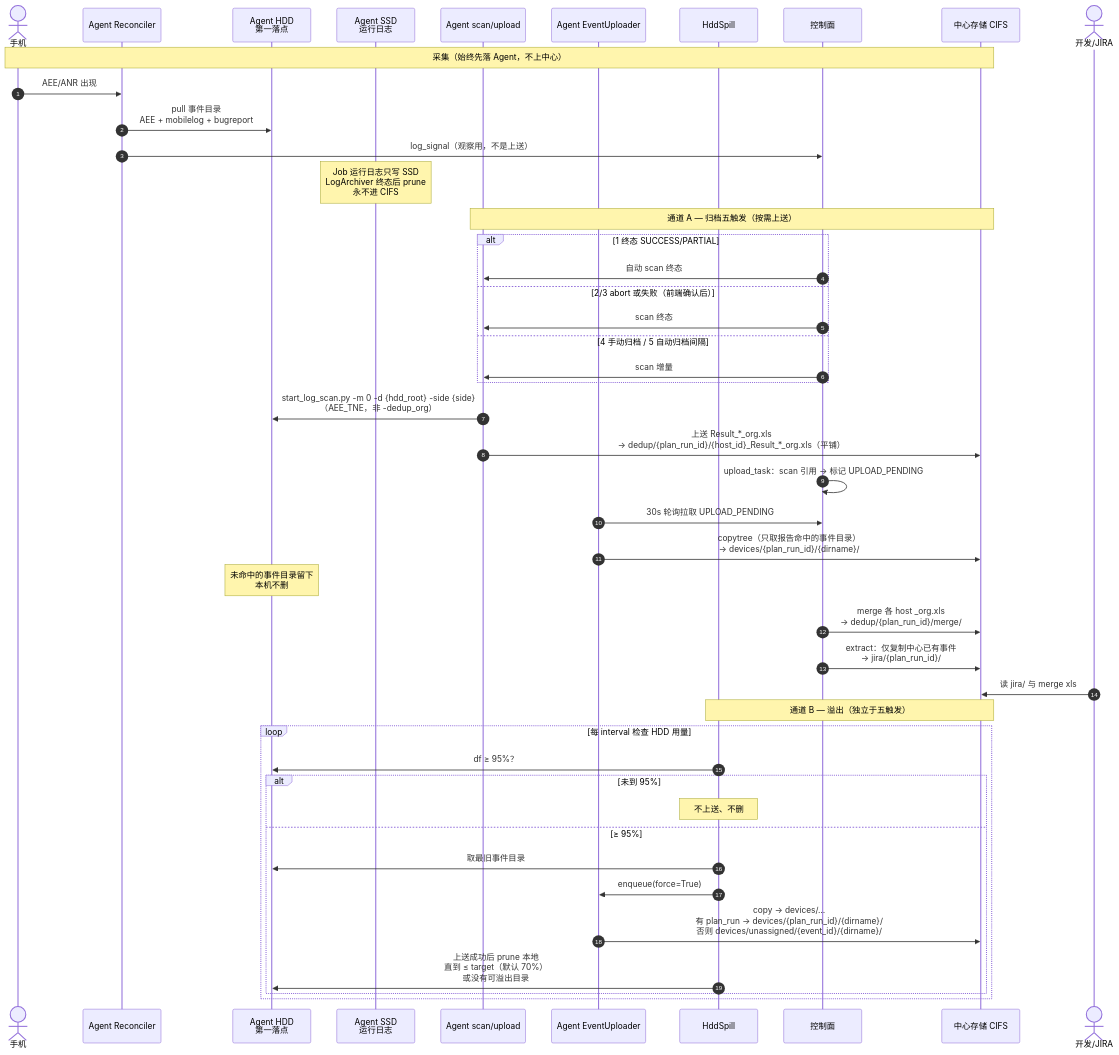
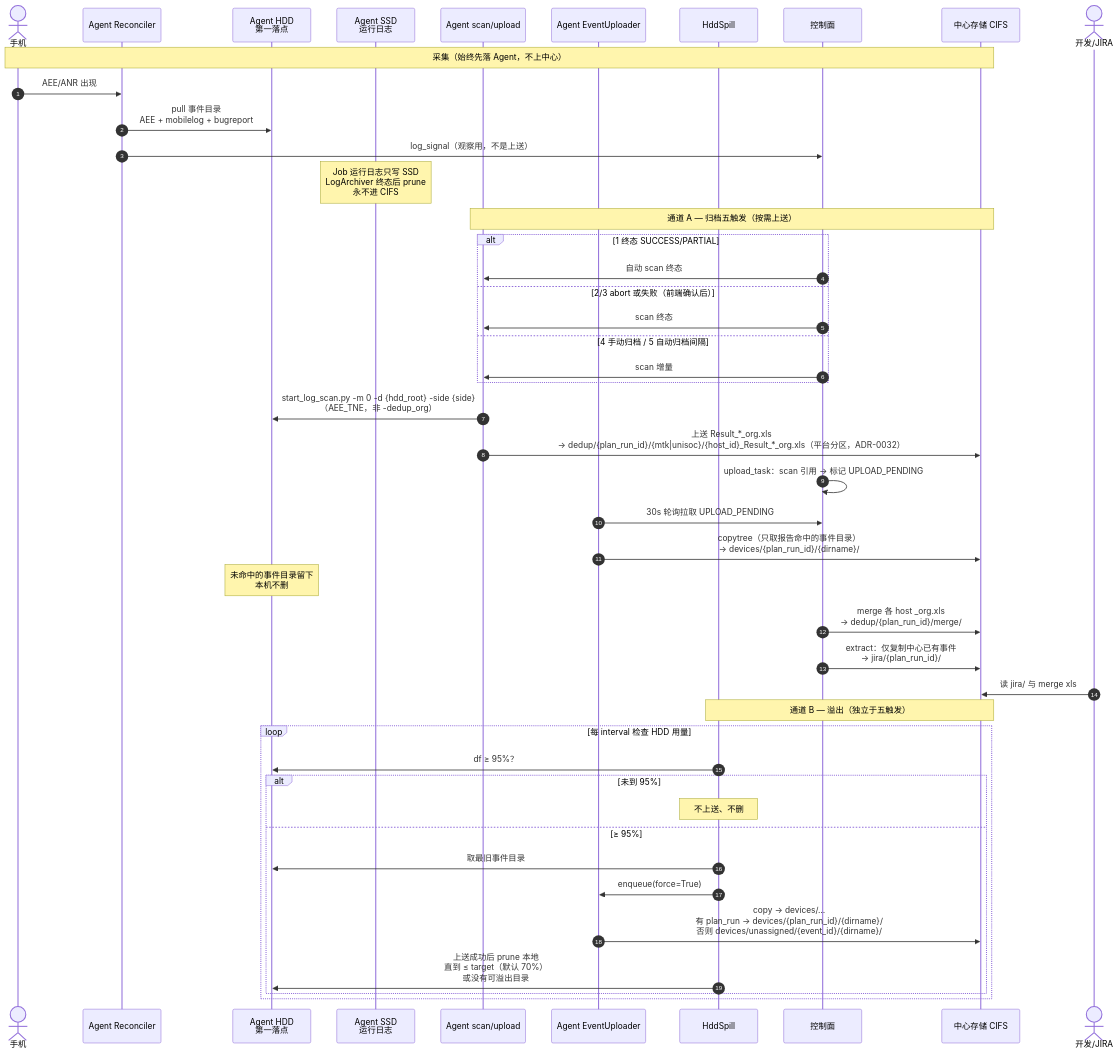
One commit to DUElost/stability-test-platform changed the first of 2 diagrams in docs/design/2026-adr-0025-log-flow-sequence.md. Above: the diagram before and after it, drawn with Mermaid. The commit also changed other lines of this file and 11 other files, not shown here.

First line of the commit message:
docs: 同步 09-04 七日审计文档漂移（ADR-0032 落地态 / 平台分区 / 键回落 / /health / 容量公式）

````diff
--- a/docs/design/2026-adr-0025-log-flow-sequence.md
+++ b/docs/design/2026-adr-0025-log-flow-sequence.md
@@ -43,56 +43,56 @@
 ```mermaid
 sequenceDiagram
     autonumber
     actor Phone as 手机
     participant Rec as Agent Reconciler
     participant HDD as Agent HDD<br/>第一落点
     participant SSD as Agent SSD<br/>运行日志
     participant Scan as Agent scan/upload
     participant EU as Agent EventUploader
     participant Spill as HddSpill
     participant CP as 控制面
     participant CIFS as 中心存储 CIFS
     actor Dev as 开发/JIRA
 
     Note over Phone,CIFS: 采集（始终先落 Agent，不上中心）
 
     Phone->>Rec: AEE/ANR 出现
     Rec->>HDD: pull 事件目录<br/>AEE + mobilelog + bugreport
     Rec->>CP: log_signal（观察用，不是上送）
     Note over SSD: Job 运行日志只写 SSD<br/>LogArchiver 终态后 prune<br/>永不进 CIFS
 
     Note over Scan,CIFS: 通道 A — 归档五触发（按需上送）
 
     alt 1 终态 SUCCESS/PARTIAL
         CP->>Scan: 自动 scan 终态
     else 2/3 abort 或失败（前端确认后）
         CP->>Scan: scan 终态
     else 4 手动归档 / 5 自动归档间隔
         CP->>Scan: scan 增量
     end
 
     Scan->>HDD: start_log_scan.py -m 0 -d {hdd_root} -side {side}<br/>（AEE_TNE，非 -dedup_org）
-    Scan->>CIFS: 上送 Result_*_org.xls<br/>→ dedup/{plan_run_id}/{host_id}_Result_*_org.xls（平铺）
+    Scan->>CIFS: 上送 Result_*_org.xls<br/>→ dedup/{plan_run_id}/{mtk|unisoc}/{host_id}_Result_*_org.xls（平台分区，ADR-0032）
     CP->>CP: upload_task：scan 引用 → 标记 UPLOAD_PENDING
     EU->>CP: 30s 轮询拉取 UPLOAD_PENDING
     EU->>CIFS: copytree（只取报告命中的事件目录）<br/>→ devices/{plan_run_id}/{dirname}/
     Note over HDD: 未命中的事件目录留下<br/>本机不删
 
     CP->>CIFS: merge 各 host _org.xls<br/>→ dedup/{plan_run_id}/merge/
     CP->>CIFS: extract：仅复制中心已有事件<br/>→ jira/{plan_run_id}/
     Dev->>CIFS: 读 jira/ 与 merge xls
 
     Note over Spill,CIFS: 通道 B — 溢出（独立于五触发）
 
     loop 每 interval 检查 HDD 用量
         Spill->>HDD: df ≥ 95%？
         alt 未到 95%
             Note over Spill: 不上送、不删
         else ≥ 95%
             Spill->>HDD: 取最旧事件目录
             Spill->>EU: enqueue(force=True)
             EU->>CIFS: copy → devices/…<br/>有 plan_run → devices/{plan_run_id}/{dirname}/<br/>否则 devices/unassigned/{event_id}/{dirname}/
             Spill->>HDD: 上送成功后 prune 本地<br/>直到 ≤ target（默认 70%）<br/>或没有可溢出目录
         end
     end
 ```
````
